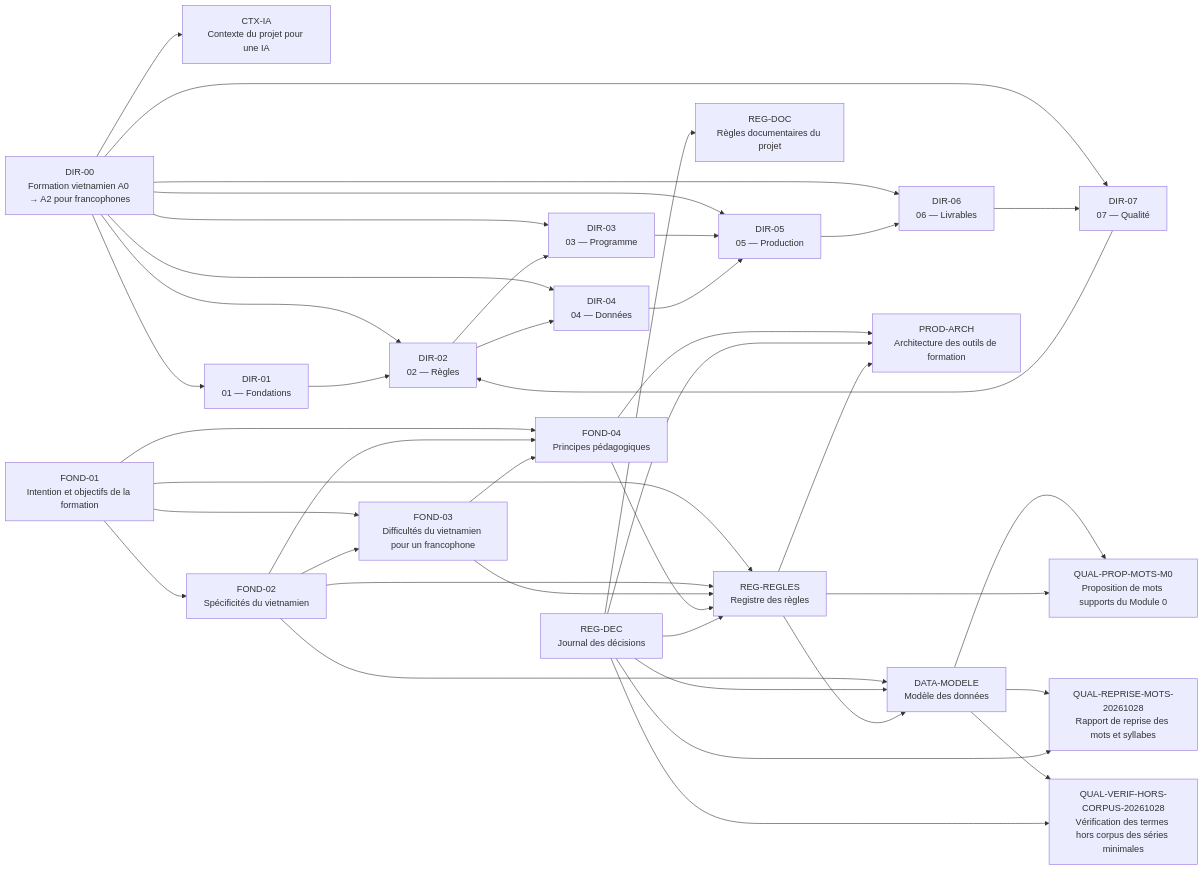
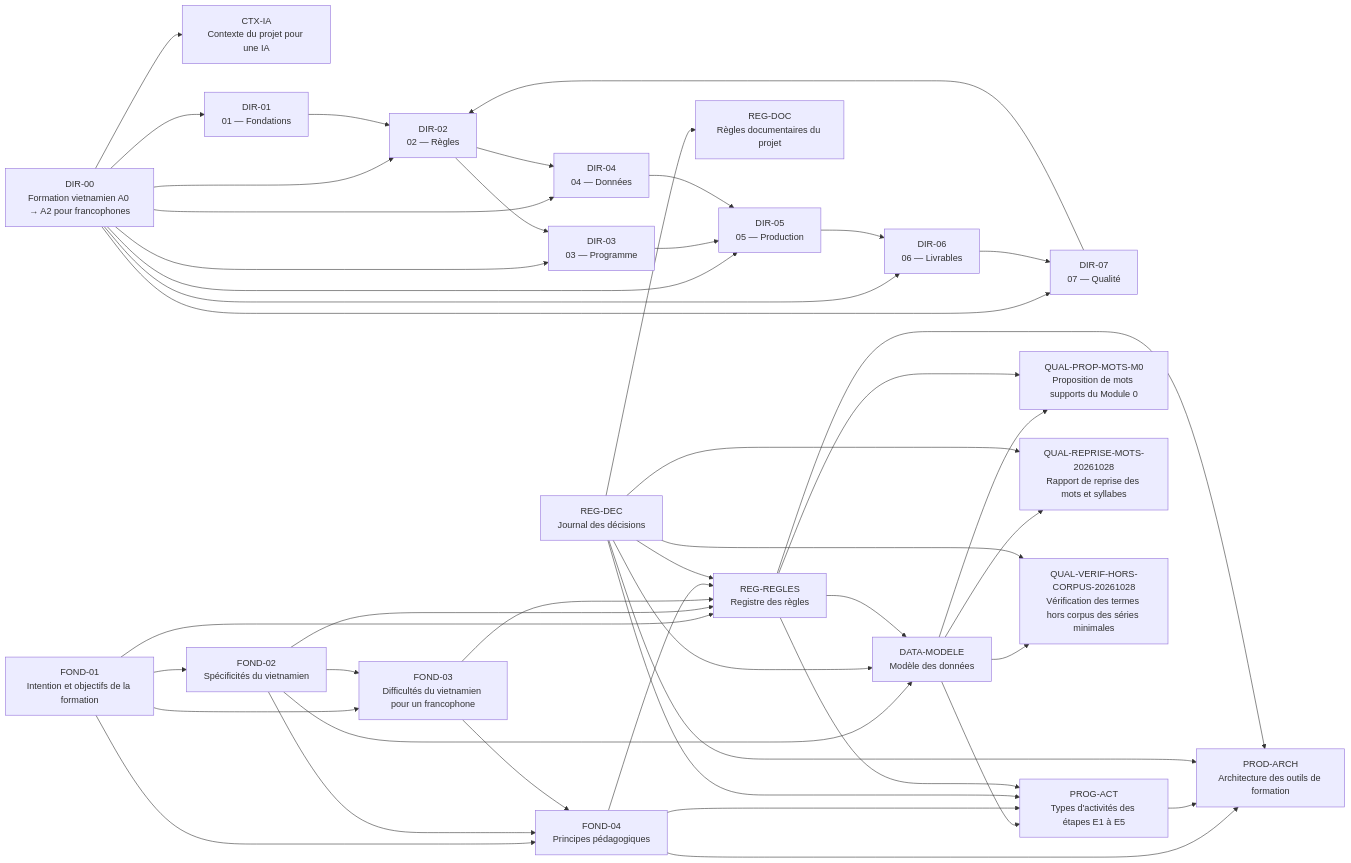
Before and after one commit to cappleinouest-lang/viet-project: the diagram in CARTE_DOCUMENTAIRE.md, drawn with Mermaid. The commit also changed other lines of this file and 6 other files, not shown here.

Commit message:
PROG-ACT : catalogue des types d'activités E1-E5 (brouillon)

````diff
--- a/CARTE_DOCUMENTAIRE.md
+++ b/CARTE_DOCUMENTAIRE.md
@@ -21,64 +21,70 @@
 ```mermaid
 graph LR
   CTX_IA["CTX-IA<br/>Contexte du projet pour une IA"]
   DATA_MODELE["DATA-MODELE<br/>Modèle des données"]
   DIR_00["DIR-00<br/>Formation vietnamien A0 → A2 pour francophones"]
   DIR_01["DIR-01<br/>01 — Fondations"]
   DIR_02["DIR-02<br/>02 — Règles"]
   DIR_03["DIR-03<br/>03 — Programme"]
   DIR_04["DIR-04<br/>04 — Données"]
   DIR_05["DIR-05<br/>05 — Production"]
   DIR_06["DIR-06<br/>06 — Livrables"]
   DIR_07["DIR-07<br/>07 — Qualité"]
   FOND_01["FOND-01<br/>Intention et objectifs de la formation"]
   FOND_02["FOND-02<br/>Spécificités du vietnamien"]
   FOND_03["FOND-03<br/>Difficultés du vietnamien pour un francophone"]
   FOND_04["FOND-04<br/>Principes pédagogiques"]
   PROD_ARCH["PROD-ARCH<br/>Architecture des outils de formation"]
+  PROG_ACT["PROG-ACT<br/>Types d'activités des étapes E1 à E5"]
   QUAL_PROP_MOTS_M0["QUAL-PROP-MOTS-M0<br/>Proposition de mots supports du Module 0"]
   QUAL_REPRISE_MOTS_20261028["QUAL-REPRISE-MOTS-20261028<br/>Rapport de reprise des mots et syllabes"]
   QUAL_VERIF_HORS_CORPUS_20261028["QUAL-VERIF-HORS-CORPUS-20261028<br/>Vérification des termes hors corpus des séries minimales"]
   REG_DEC["REG-DEC<br/>Journal des décisions"]
   REG_DOC["REG-DOC<br/>Règles documentaires du projet"]
   REG_REGLES["REG-REGLES<br/>Registre des règles"]
+  DATA_MODELE --> PROG_ACT
   DATA_MODELE --> QUAL_PROP_MOTS_M0
   DATA_MODELE --> QUAL_REPRISE_MOTS_20261028
   DATA_MODELE --> QUAL_VERIF_HORS_CORPUS_20261028
   DIR_00 --> CTX_IA
   DIR_00 --> DIR_01
   DIR_00 --> DIR_02
   DIR_00 --> DIR_03
   DIR_00 --> DIR_04
   DIR_00 --> DIR_05
   DIR_00 --> DIR_06
   DIR_00 --> DIR_07
   DIR_01 --> DIR_02
   DIR_02 --> DIR_03
   DIR_02 --> DIR_04
   DIR_03 --> DIR_05
   DIR_04 --> DIR_05
   DIR_05 --> DIR_06
   DIR_06 --> DIR_07
   DIR_07 --> DIR_02
   FOND_01 --> FOND_02
   FOND_01 --> FOND_03
   FOND_01 --> FOND_04
   FOND_01 --> REG_REGLES
   FOND_02 --> DATA_MODELE
   FOND_02 --> FOND_03
   FOND_02 --> FOND_04
   FOND_02 --> REG_REGLES
   FOND_03 --> FOND_04
   FOND_03 --> REG_REGLES
   FOND_04 --> PROD_ARCH
+  FOND_04 --> PROG_ACT
   FOND_04 --> REG_REGLES
+  PROG_ACT --> PROD_ARCH
   REG_DEC --> DATA_MODELE
   REG_DEC --> PROD_ARCH
+  REG_DEC --> PROG_ACT
   REG_DEC --> QUAL_REPRISE_MOTS_20261028
   REG_DEC --> QUAL_VERIF_HORS_CORPUS_20261028
   REG_DEC --> REG_DOC
   REG_DEC --> REG_REGLES
   REG_REGLES --> DATA_MODELE
   REG_REGLES --> PROD_ARCH
+  REG_REGLES --> PROG_ACT
   REG_REGLES --> QUAL_PROP_MOTS_M0
 ```
````
